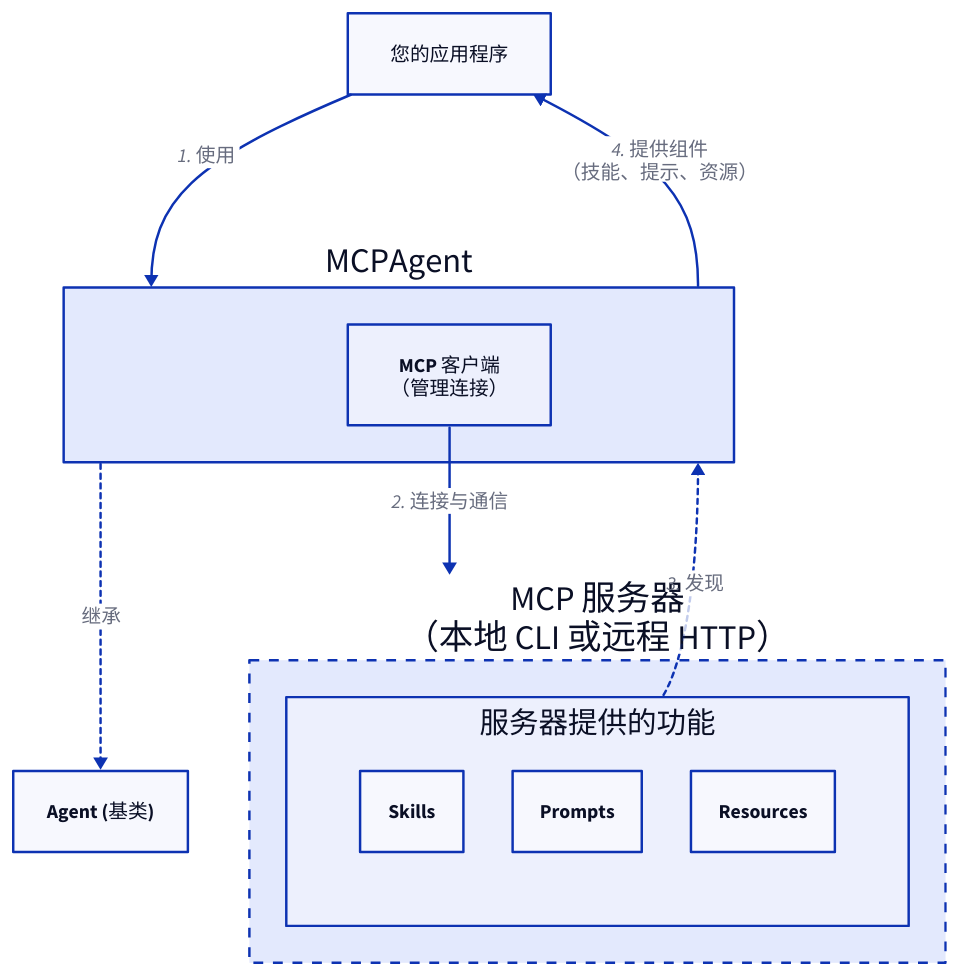
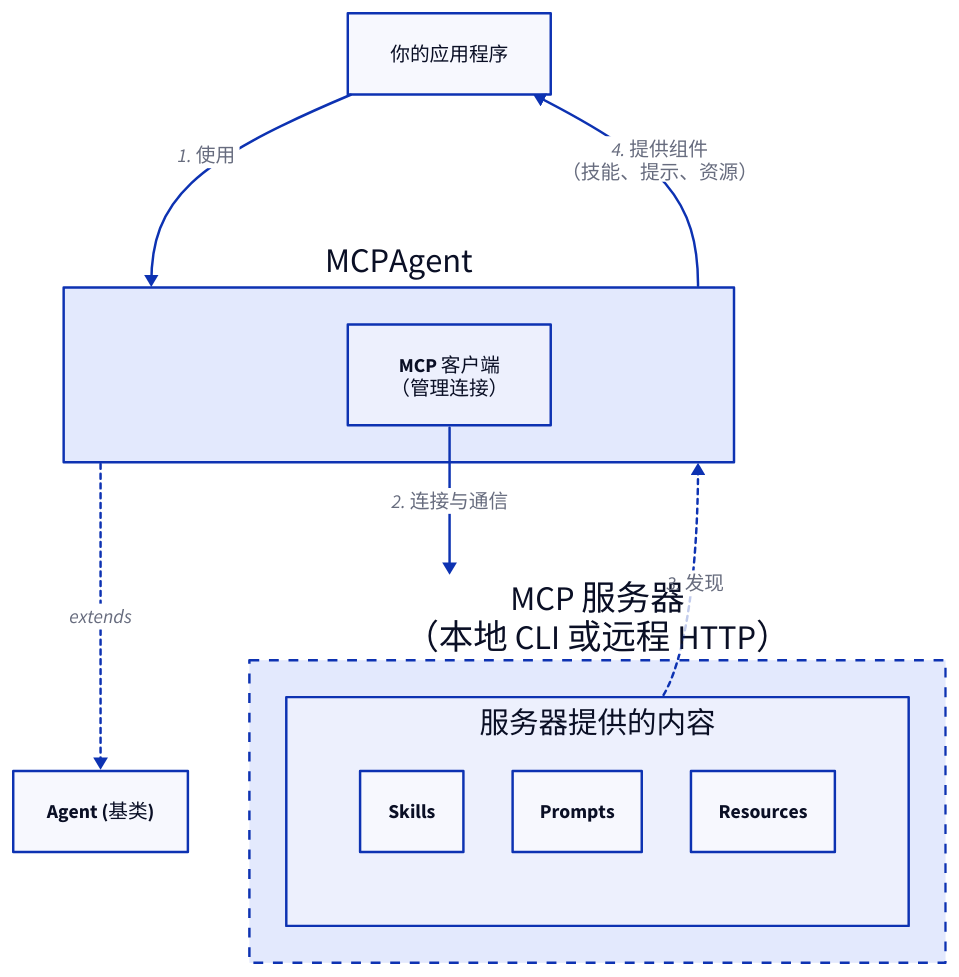
Before and after one commit to AIGNE-io/aigne-framework: the diagram in .aigne/doc-smith/docs/developer-guide-agents-mcp-agent.zh.md, drawn with D2. The commit also changed other lines of this file and 141 other files, not shown here.

````diff
--- a/.aigne/doc-smith/docs/developer-guide-agents-mcp-agent.zh.md
+++ b/.aigne/doc-smith/docs/developer-guide-agents-mcp-agent.zh.md
@@ -20,46 +20,46 @@
 ```d2
 direction: down
 
 Application: {
-  label: "您的应用程序"
+  label: "你的应用程序"
   shape: rectangle
 }
 
 MCPAgent: {
   label: "MCPAgent"
   shape: rectangle
 
   MCP-Client: {
     label: "MCP 客户端\n（管理连接）"
   }
 }
 
 Agent-Base: {
   label: "Agent (基类)"
 }
 
 MCP-Server: {
   label: "MCP 服务器\n（本地 CLI 或远程 HTTP）"
   shape: rectangle
   style.stroke-dash: 4
 
   Server-Offerings: {
-    label: "服务器提供的功能"
+    label: "服务器提供的内容"
     grid-columns: 3
     Skills: {}
     Prompts: {}
     Resources: {}
   }
 }
 
 Application -> MCPAgent: "1. 使用"
-MCPAgent -> Agent-Base: "继承" {
+MCPAgent -> Agent-Base: "extends" {
   style.stroke-dash: 2
 }
 MCPAgent.MCP-Client -> MCP-Server: "2. 连接与通信"
 MCP-Server.Server-Offerings -> MCPAgent: "3. 发现" {
   style.stroke-dash: 2
 }
 MCPAgent -> Application: "4. 提供组件\n（技能、提示、资源）"
 
 ```
````
